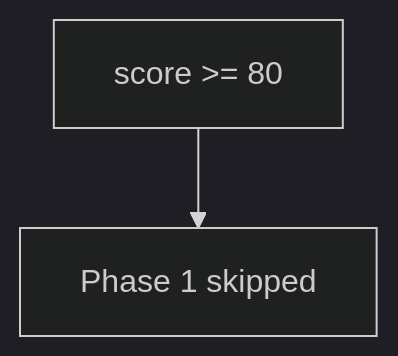
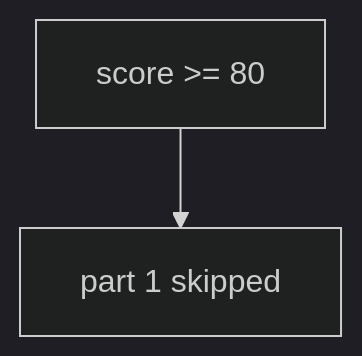
One commit to ishitvagoel/LearnSecurity changed the diagram in content/modules/0/0.2/lessons/03-break.md. Above: the diagram before and after it, drawn with Mermaid (dark theme). The commit also changed other lines of this file and 44 other files, not shown here.

````diff
--- a/content/modules/0/0.2/lessons/03-break.md
+++ b/content/modules/0/0.2/lessons/03-break.md
@@ -17,4 +17,4 @@
 ```mermaid
 flowchart TD
-  Score["score >= 80"] --> Skip[Phase 1 skipped]
+  Score["score >= 80"] --> Skip[part 1 skipped]
 ```
````
